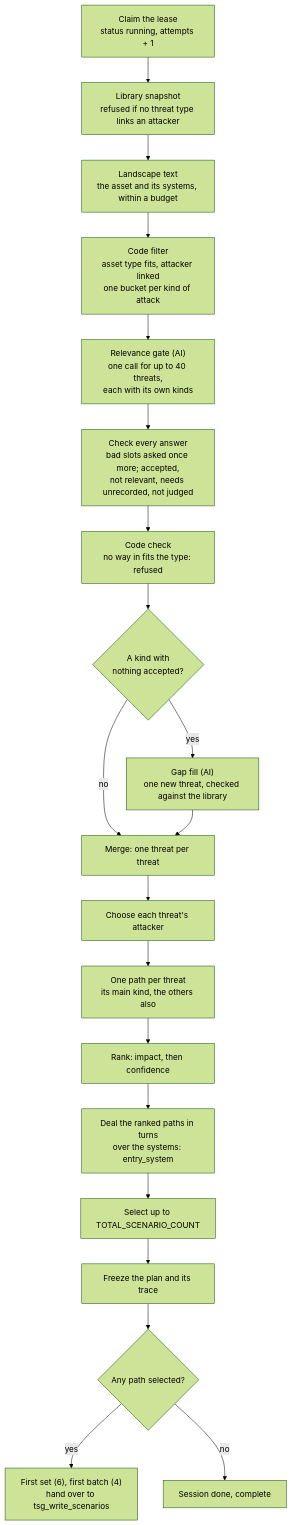
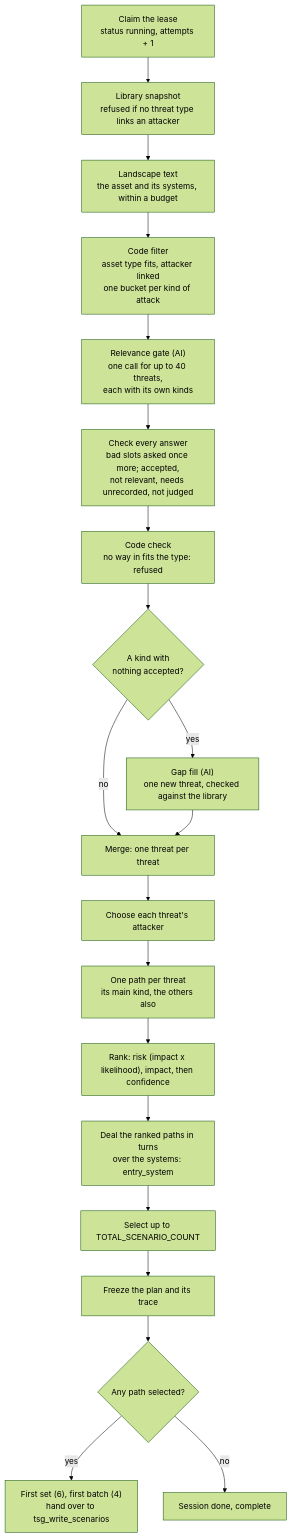
One commit to gopalchettri/cii changed the fifth of 13 diagrams in docs/TSG_END_TO_END_FLOW.md. Above: the diagram before and after it, drawn with Mermaid (forest theme). The commit also changed other lines of this file and 2 other files, not shown here.

First line of the commit message:
D71-D73: only a listed attacker acts, the evidence sentence names no group, likelihood ranks risk, in the design, flow and API guide

````diff
--- a/docs/TSG_END_TO_END_FLOW.md
+++ b/docs/TSG_END_TO_END_FLOW.md
@@ -1008,22 +1008,22 @@
 ```mermaid
 flowchart TB
     A["Claim the lease<br/>status running, attempts + 1"] --> B["Library snapshot<br/>refused if no threat type links an attacker"]
     B --> C["Landscape text<br/>the asset and its systems, within a budget"]
     C --> D["Code filter<br/>asset type fits, attacker linked<br/>one bucket per kind of attack"]
     D --> E["Relevance gate (AI)<br/>one call for up to 40 threats,<br/>each with its own kinds"]
     E --> F["Check every answer<br/>bad slots asked once more; accepted,<br/>not relevant, needs unrecorded, not judged"]
     F --> G["Code check<br/>no way in fits the type: refused"]
     G --> H{"A kind with<br/>nothing accepted?"}
     H -- yes --> I["Gap fill (AI)<br/>one new threat, checked against the library"]
     H -- no --> J["Merge: one threat per threat"]
     I --> J
     J --> K["Choose each threat's attacker"]
     K --> L["One path per threat<br/>its main kind, the others also"]
-    L --> N["Rank: impact, then confidence"]
+    L --> N["Rank: risk (impact x likelihood), impact, then confidence"]
     N --> O["Deal the ranked paths in turns<br/>over the systems: entry_system"]
     O --> P["Select up to TOTAL_SCENARIO_COUNT"]
     P --> Q["Freeze the plan and its trace"]
     Q --> R{"Any path selected?"}
     R -- yes --> S["First set (6), first batch (4)<br/>hand over to tsg_write_scenarios"]
     R -- no --> T["Session done, complete"]
 ```
````
